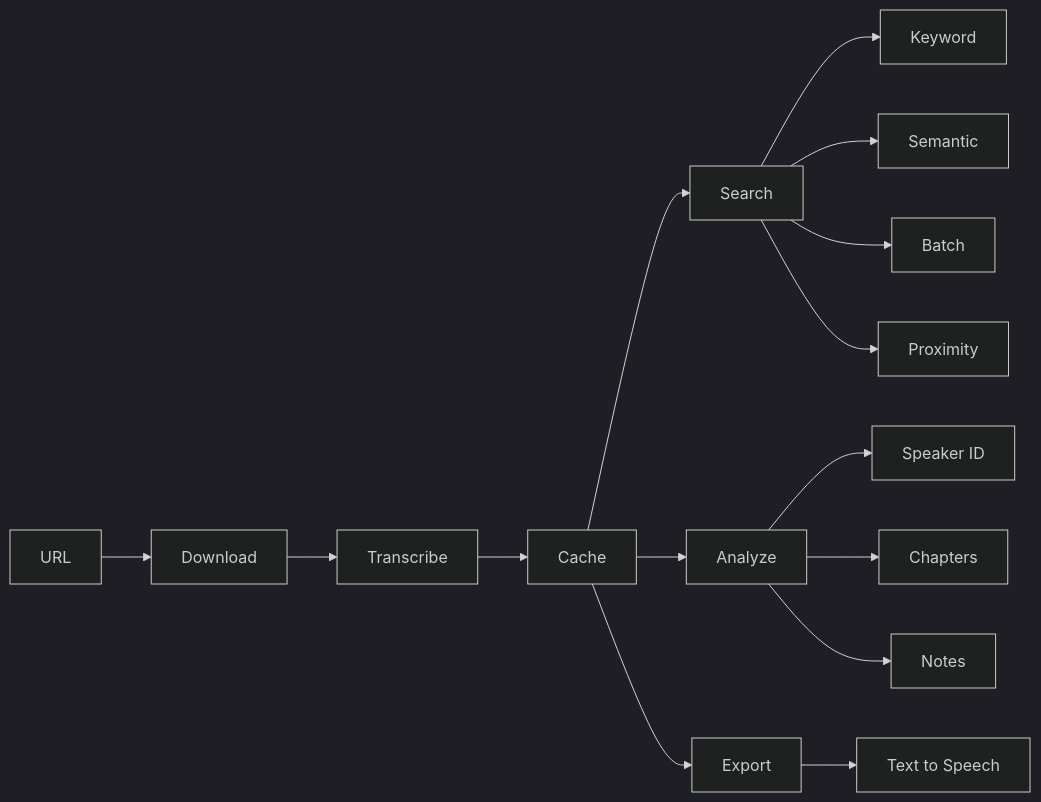
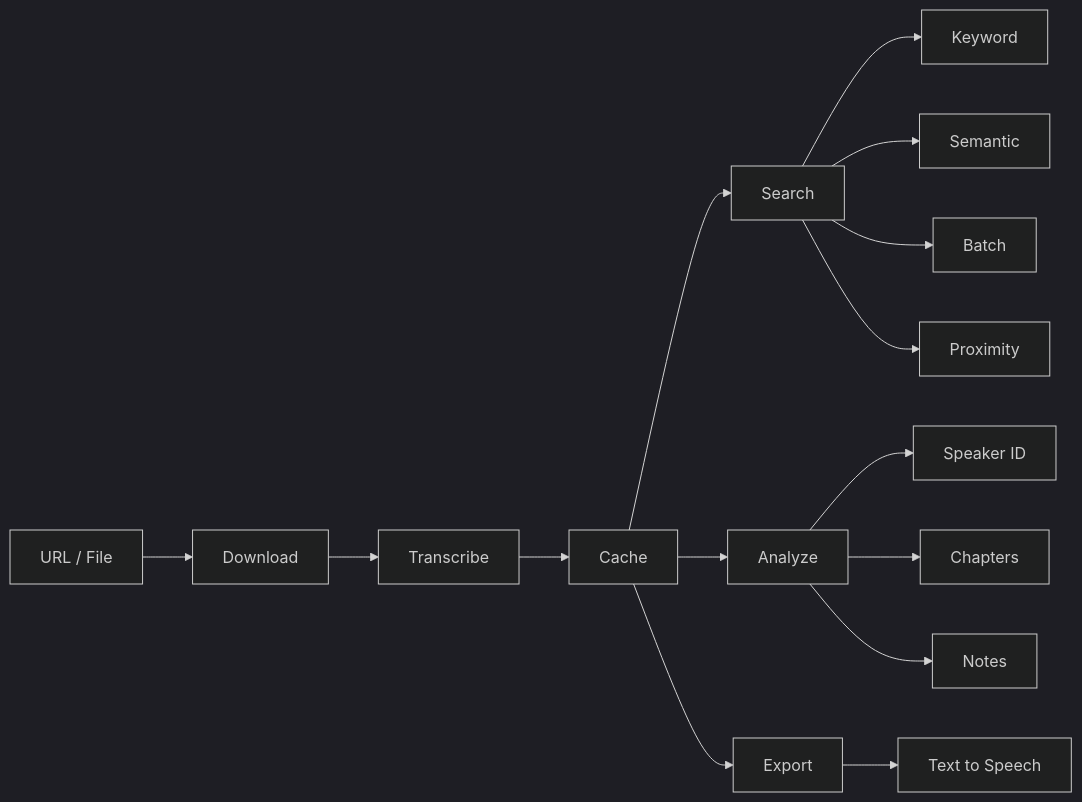
The diagram in README.md (AugentDevs/Augent), drawn with Mermaid before and after one commit.

Commit message:
mermaid diagram: URL → URL / File

````diff
--- a/README.md
+++ b/README.md
@@ -61,21 +61,21 @@
 ```mermaid
 %%{init: {'theme': 'dark'}}%%
 flowchart LR
-    A["URL"] --> B["Download"]
+    A["URL / File"] --> B["Download"]
     B --> C["Transcribe"]
     C --> D["Cache"]
     D --> E["Search"]
     D --> F["Analyze"]
     D --> G["Export"]
 
     E --> E1["Keyword"]
     E --> E2["Semantic"]
     E --> E3["Batch"]
     E --> E4["Proximity"]
 
     F --> F1["Speaker ID"]
     F --> F2["Chapters"]
     F --> F3["Notes"]
 
     G --> G1["Text to Speech"]
 ```
````
